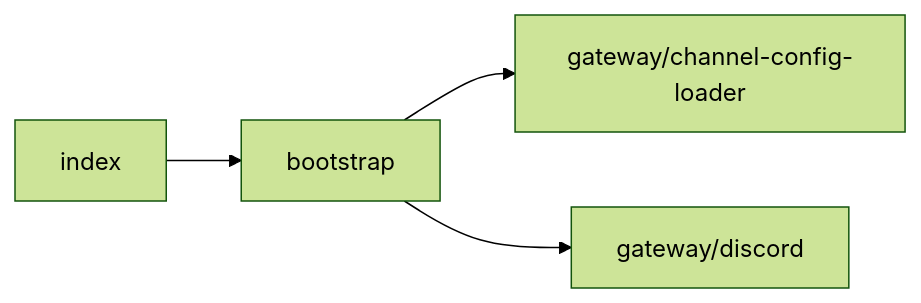
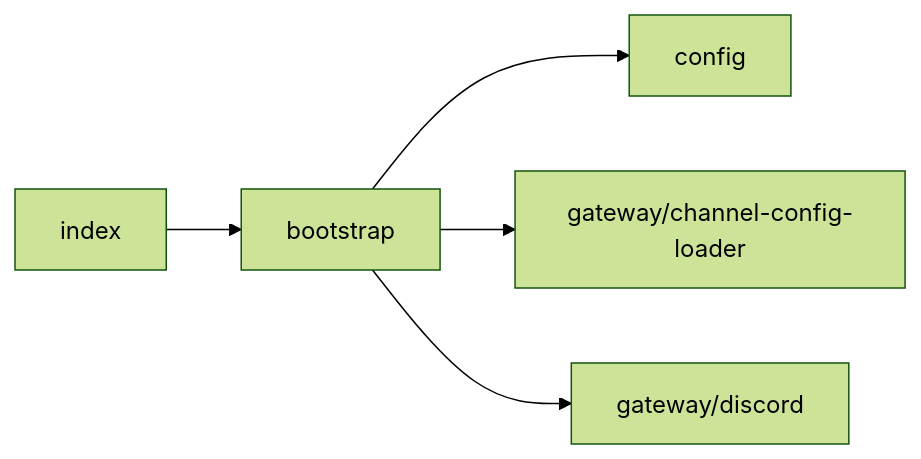
The diagram in apps/discord/DEPS.md (OJII3/vicissitude), drawn with Mermaid (forest theme) before and after one commit. The commit also changed other lines of this file and 16 other files, not shown here.

````diff
--- a/apps/discord/DEPS.md
+++ b/apps/discord/DEPS.md
@@ -7,8 +7,10 @@
 ```mermaid
 graph LR
+  bootstrap --> config
   bootstrap --> gateway_channel_config_loader["gateway/channel-config-loader"]
   bootstrap --> gateway_discord["gateway/discord"]
+  config
   gateway_channel_config_loader["gateway/channel-config-loader"]
   gateway_discord["gateway/discord"]
   index --> bootstrap
 ```
````
